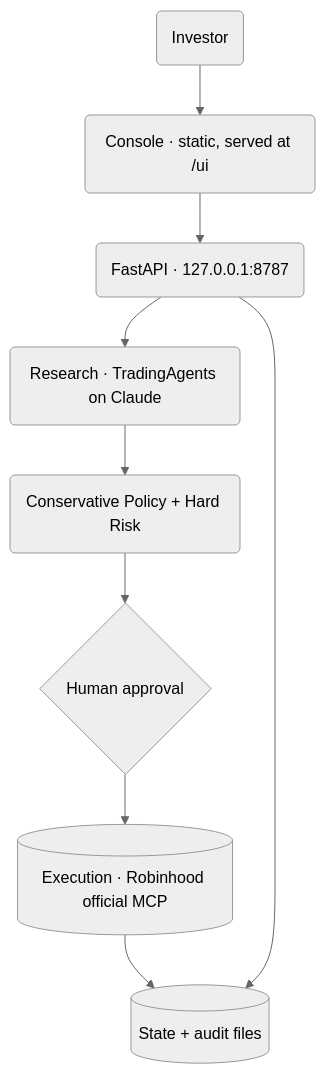
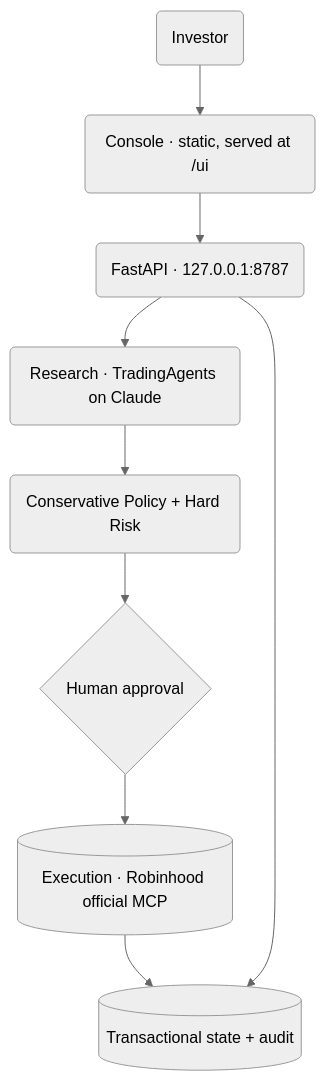
The diagram in README.md (heyemlee/agentic_trading), drawn with Mermaid before and after one commit. The commit also changed other lines of this file and 7 other files, not shown here.

````diff
--- a/README.md
+++ b/README.md
@@ -119,12 +120,12 @@
 ```mermaid
 %%{init: {'theme':'neutral'}}%%
 flowchart TD
     U(Investor) --> C(Console · static, served at /ui)
     C --> A(FastAPI · 127.0.0.1:8787)
     A --> R(Research · TradingAgents on Claude)
     R --> P(Conservative Policy + Hard Risk)
     P --> H{Human approval}
     H --> E[(Execution · Robinhood official MCP)]
-    E --> S[(State + audit files)]
+    E --> S[(Transactional state + audit)]
     A --> S
 ```
````
